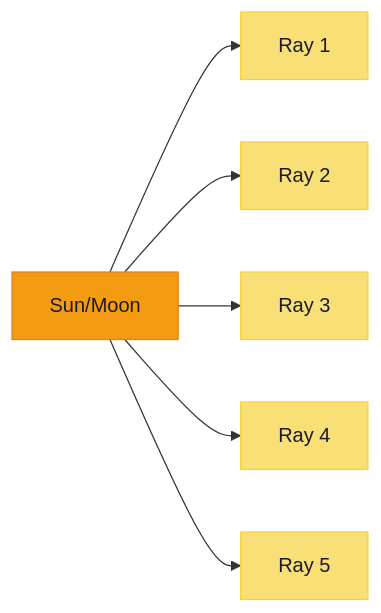
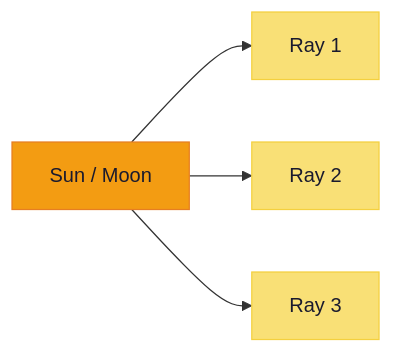
One commit to baaz777/rift changed the fifth of 6 diagrams in docs/TIME_SYSTEM.md. Above: the diagram before and after it, drawn with Mermaid. The commit also changed other lines of this file, not shown here.

```diff
--- a/docs/TIME_SYSTEM.md
+++ b/docs/TIME_SYSTEM.md
@@ -273,19 +325,15 @@
 <pre class="mermaid">
 graph LR
     classDef source fill:#f39c12,stroke:#e67e22,color:#1a1a2e
     classDef ray fill:#f9e076,stroke:#f4d03f,color:#1a1a2e
 
-    Sun["Sun/Moon"]:::source
+    Sun["Sun / Moon"]:::source
 
     R1["Ray 1"]:::ray
     R2["Ray 2"]:::ray
     R3["Ray 3"]:::ray
-    R4["Ray 4"]:::ray
-    R5["Ray 5"]:::ray
 
     Sun --> R1
     Sun --> R2
     Sun --> R3
-    Sun --> R4
-    Sun --> R5
 </pre>
```
